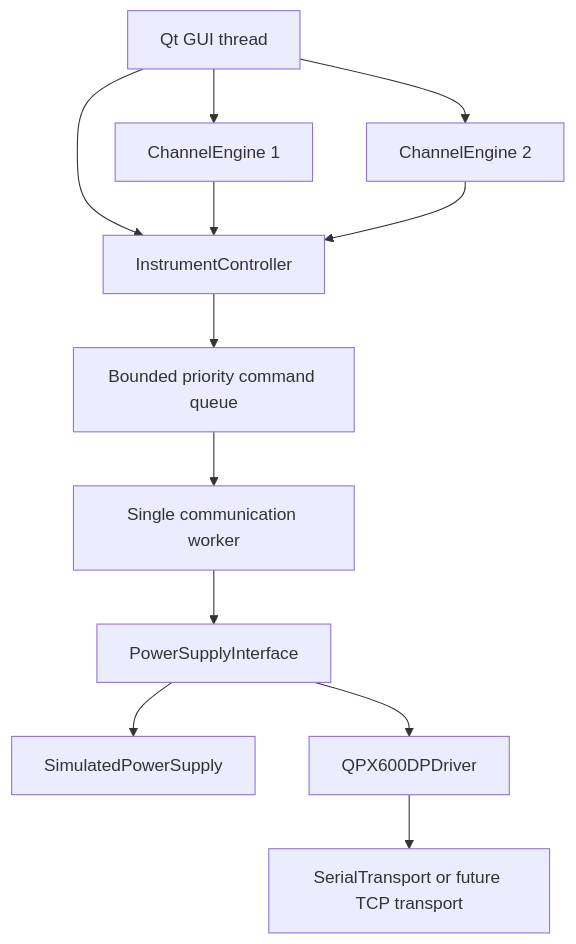
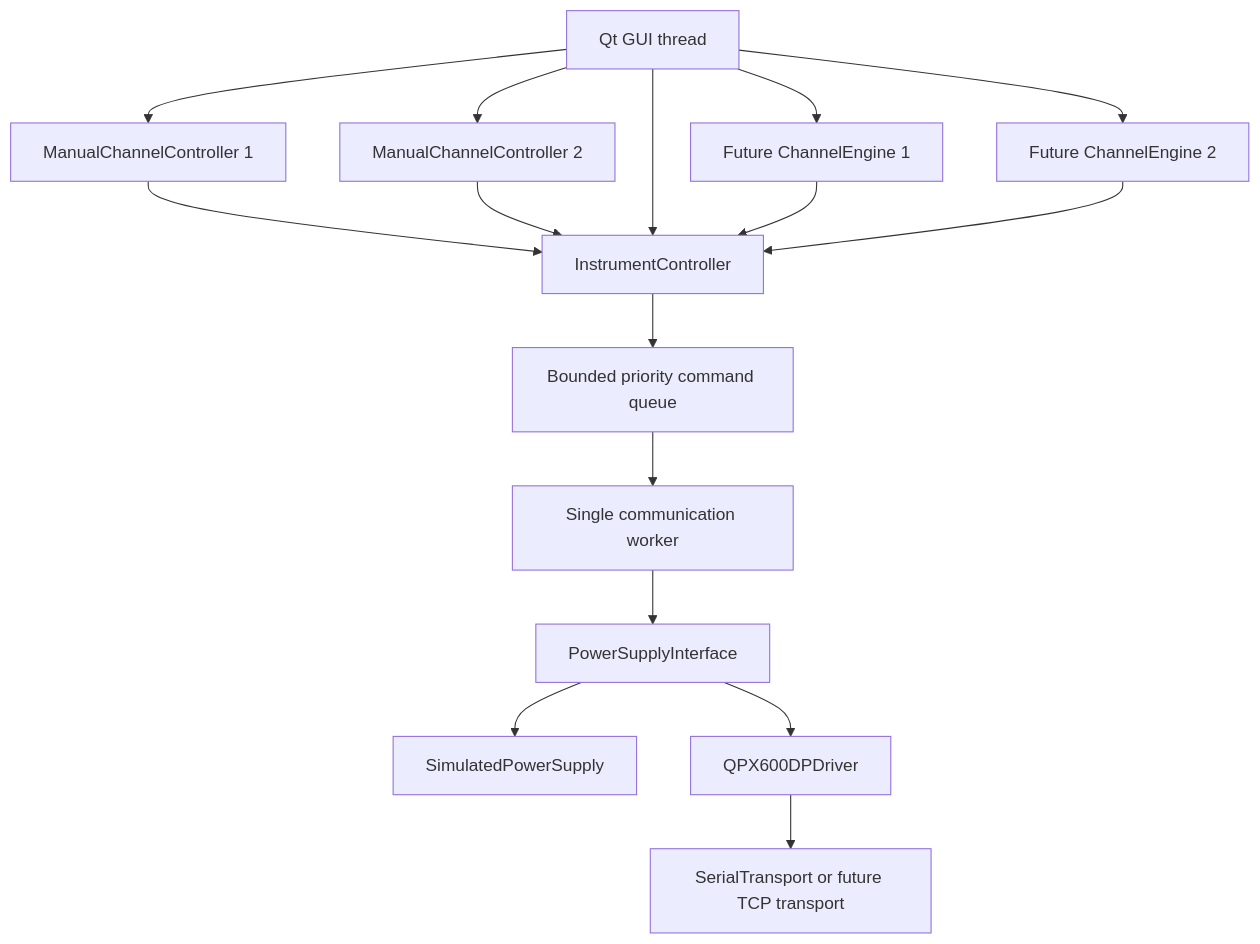
Before and after one commit to luna1234-crypto/qpx600dp-electrolyser-control: the diagram in docs/architecture.md, drawn with Mermaid. The commit also changed other lines of this file and 15 other files, not shown here.

Commit message:
milestone 7: add dual-channel manual controls

````diff
--- a/docs/architecture.md
+++ b/docs/architecture.md
@@ -15,14 +15,18 @@
 ```mermaid
 flowchart TD
-    GUI["Qt GUI thread"] --> E1["ChannelEngine 1"]
-    GUI --> E2["ChannelEngine 2"]
+    GUI["Qt GUI thread"] --> C1["ManualChannelController 1"]
+    GUI --> C2["ManualChannelController 2"]
+    C1 --> IC
+    C2 --> IC
+    GUI --> E1["Future ChannelEngine 1"]
+    GUI --> E2["Future ChannelEngine 2"]
     GUI --> IC["InstrumentController"]
     E1 --> IC
     E2 --> IC
     IC --> Q["Bounded priority command queue"]
     Q --> W["Single communication worker"]
     W --> API["PowerSupplyInterface"]
     API --> SIM["SimulatedPowerSupply"]
     API --> QPX["QPX600DPDriver"]
     QPX --> T["SerialTransport or future TCP transport"]
 ```
````
